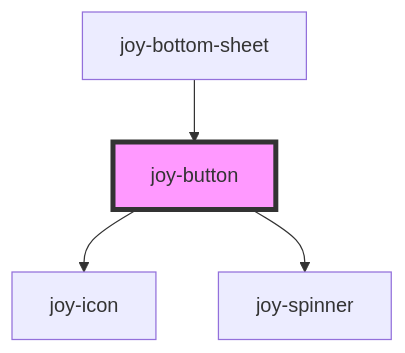
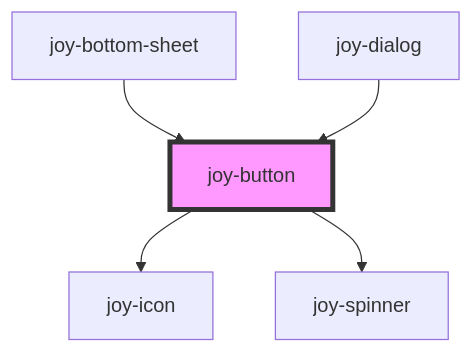
One commit to Maltcommunity/joy changed the diagram in core/src/components/button/readme.md. Above: the diagram before and after it, drawn with Mermaid. The commit also changed other lines of this file and 157 other files, not shown here.

````diff
--- a/core/src/components/button/readme.md
+++ b/core/src/components/button/readme.md
@@ -139,7 +140,8 @@
 ```mermaid
 graph TD;
   joy-button --> joy-icon
   joy-button --> joy-spinner
   joy-bottom-sheet --> joy-button
+  joy-dialog --> joy-button
   style joy-button fill:#f9f,stroke:#333,stroke-width:4px
 ```
````
